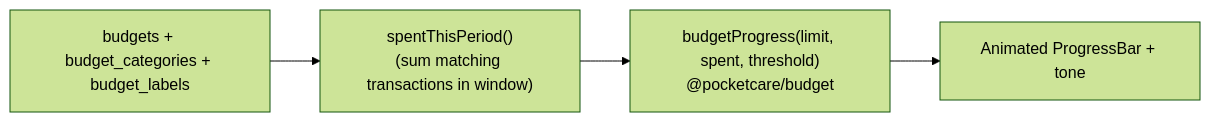
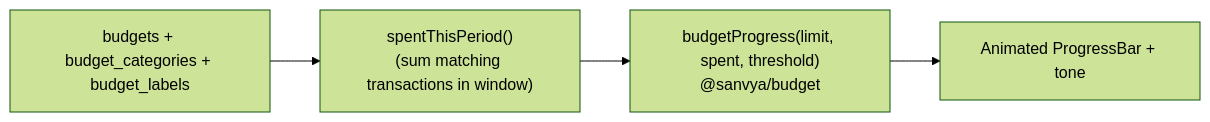
The second of 2 diagrams in docs/features/budgets.md (replyto-pocketcare/pocketcare-app), drawn with Mermaid (forest theme) before and after one commit. The commit also changed other lines of this file and 451 other files, not shown here.

Commit message:
refactor: Rename SanvyaSchema and sanvya.db to PocketCareSchema and pocketcare.db

````diff
--- a/docs/features/budgets.md
+++ b/docs/features/budgets.md
@@ -18,6 +18,6 @@
 ```mermaid
 flowchart LR
     Budget["budgets + budget_categories + budget_labels"] --> Spent["spentThisPeriod()\n(sum matching transactions in window)"]
-    Spent --> Prog["budgetProgress(limit, spent, threshold)\n@pocketcare/budget"]
+    Spent --> Prog["budgetProgress(limit, spent, threshold)\n@sanvya/budget"]
     Prog --> Bar["Animated ProgressBar + tone"]
 ```
````
